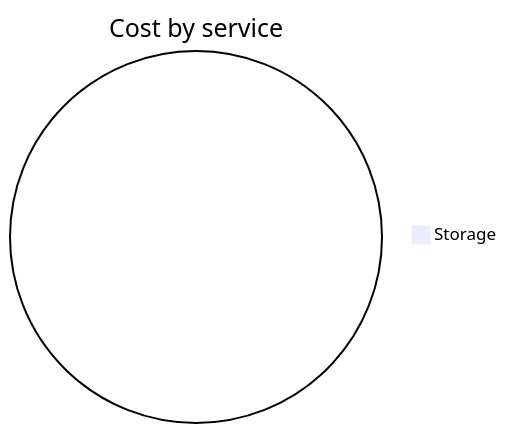
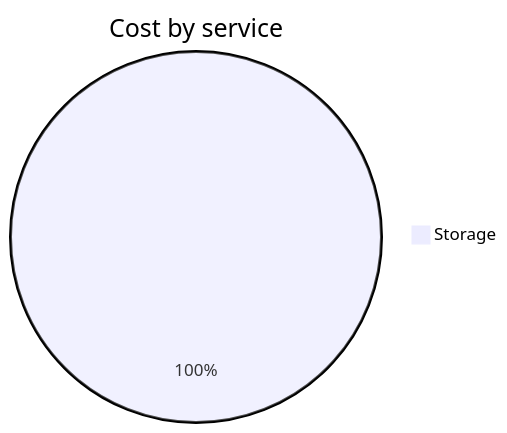
Before and after one commit to jpfulton/azure-personal-reports: the second of 4 diagrams in cost-reports/personal-site/personalsiteapistorage.md, drawn with Mermaid. The commit also changed other lines of this file and 6 other files, not shown here.

````diff
--- a/cost-reports/personal-site/personalsiteapistorage.md
+++ b/cost-reports/personal-site/personalsiteapistorage.md
@@ -95,5 +95,5 @@
 ```mermaid
 pie
    title Cost by service
-   "Storage" : 0.00
+   "Storage" : 0.01
 ```
````
